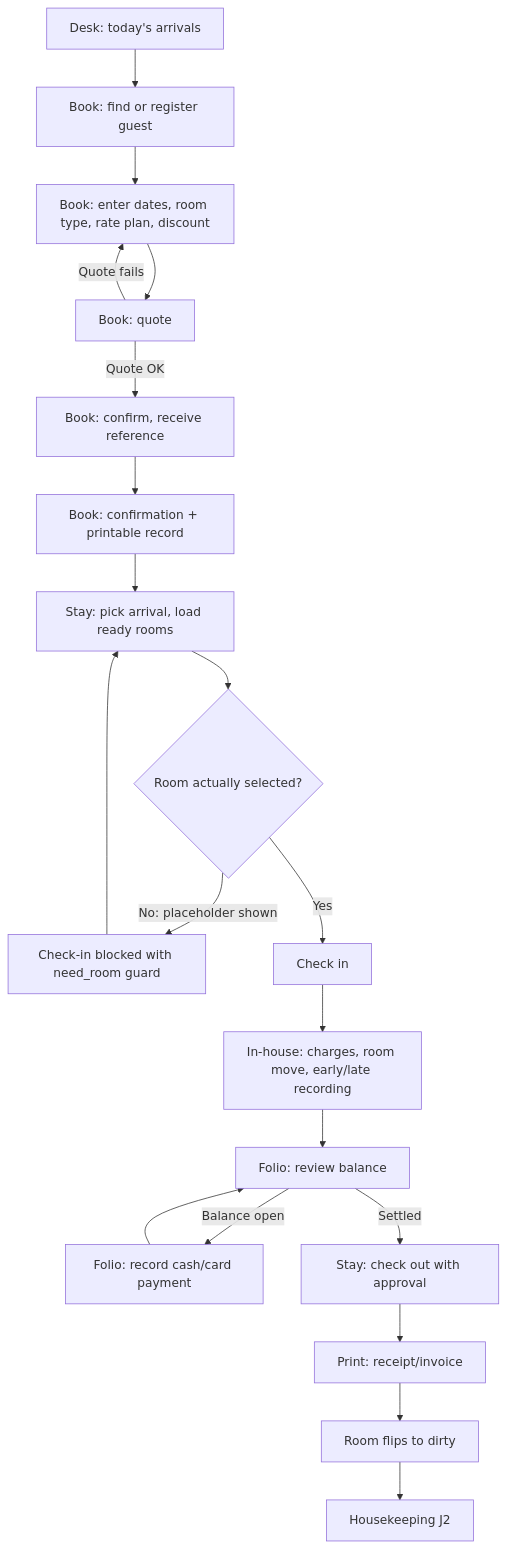
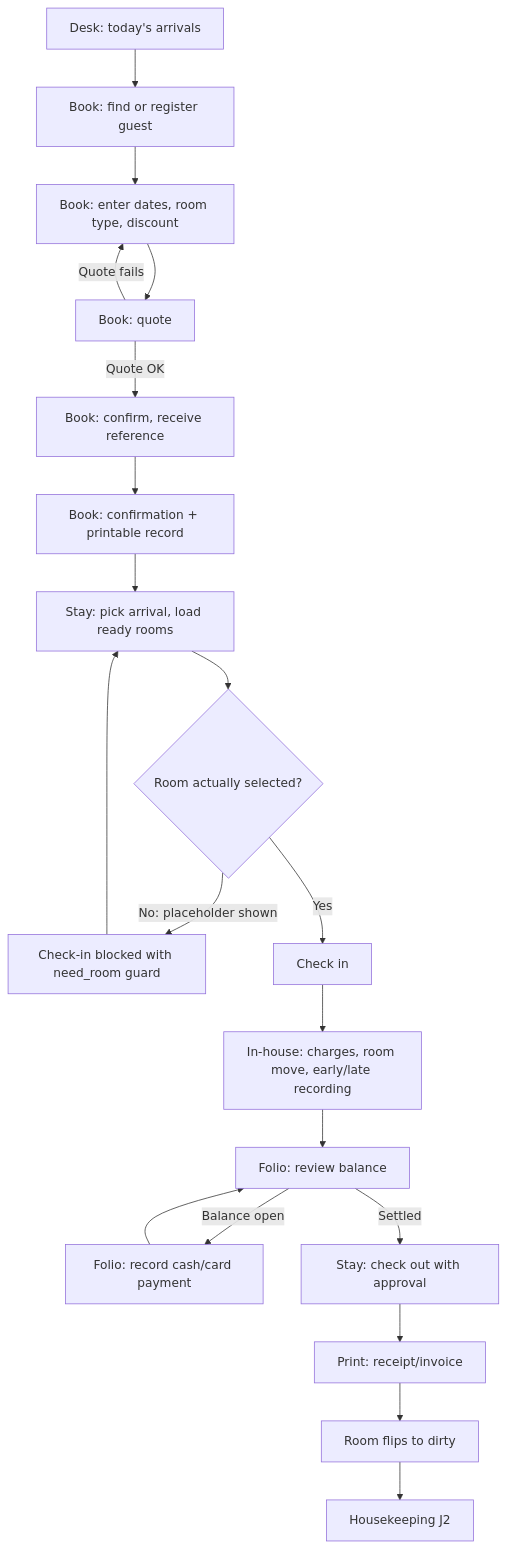
One commit to MingChen1501/hotel-mgmt changed the second of 5 diagrams in docs/product/ux-flows-wireframes.md. Above: the diagram before and after it, drawn with Mermaid. The commit also changed other lines of this file and 25 other files, not shown here.

````diff
--- a/docs/product/ux-flows-wireframes.md
+++ b/docs/product/ux-flows-wireframes.md
@@ -111,22 +111,22 @@
 ```mermaid
 flowchart TD
     A[Desk: today's arrivals] --> B[Book: find or register guest]
-    B --> C[Book: enter dates, room type, rate plan, discount]
+    B --> C[Book: enter dates, room type, discount]
     C --> D[Book: quote]
     D -- Quote fails --> C
     D -- Quote OK --> E[Book: confirm, receive reference]
     E --> F[Book: confirmation + printable record]
     F --> G[Stay: pick arrival, load ready rooms]
     G --> H{Room actually selected?}
     H -- No: placeholder shown --> I[Check-in blocked with need_room guard]
     I --> G
     H -- Yes --> J[Check in]
     J --> K[In-house: charges, room move, early/late recording]
     K --> L[Folio: review balance]
     L -- Balance open --> M[Folio: record cash/card payment]
     M --> L
     L -- Settled --> N[Stay: check out with approval]
     N --> O[Print: receipt/invoice]
     O --> P[Room flips to dirty]
     P --> Q[Housekeeping J2]
 ```
````
